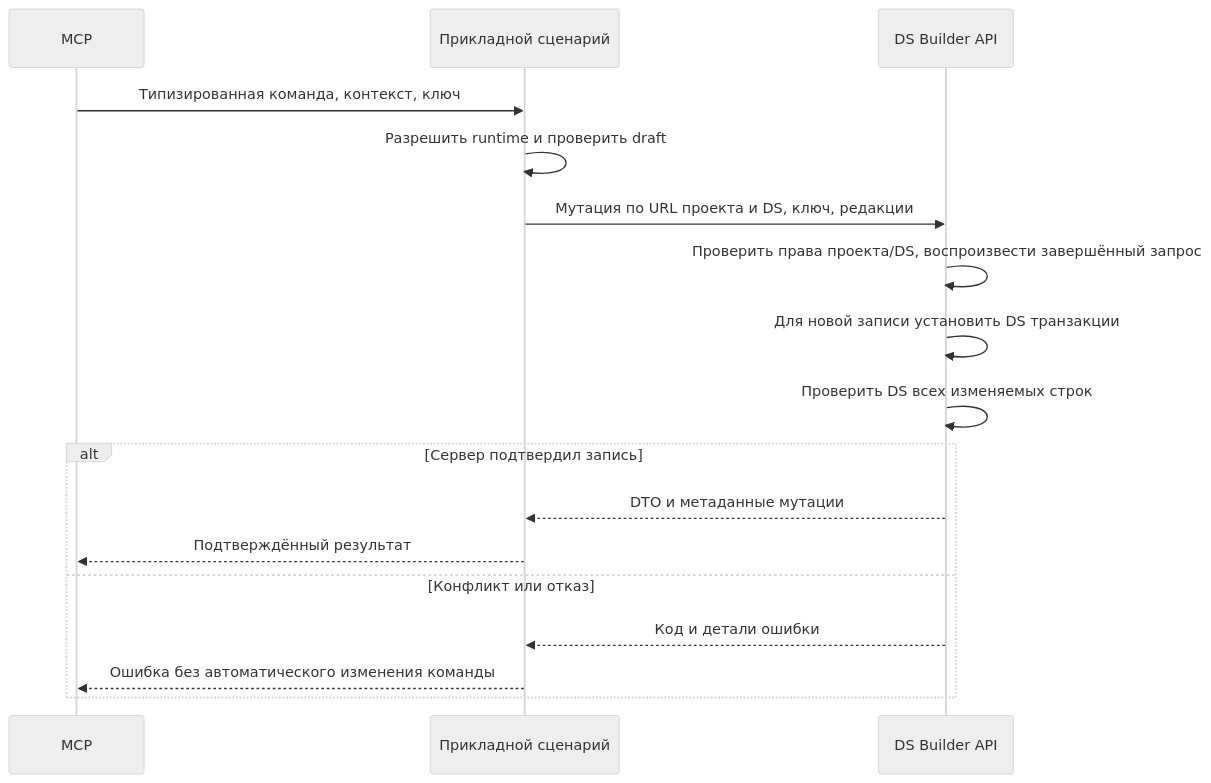
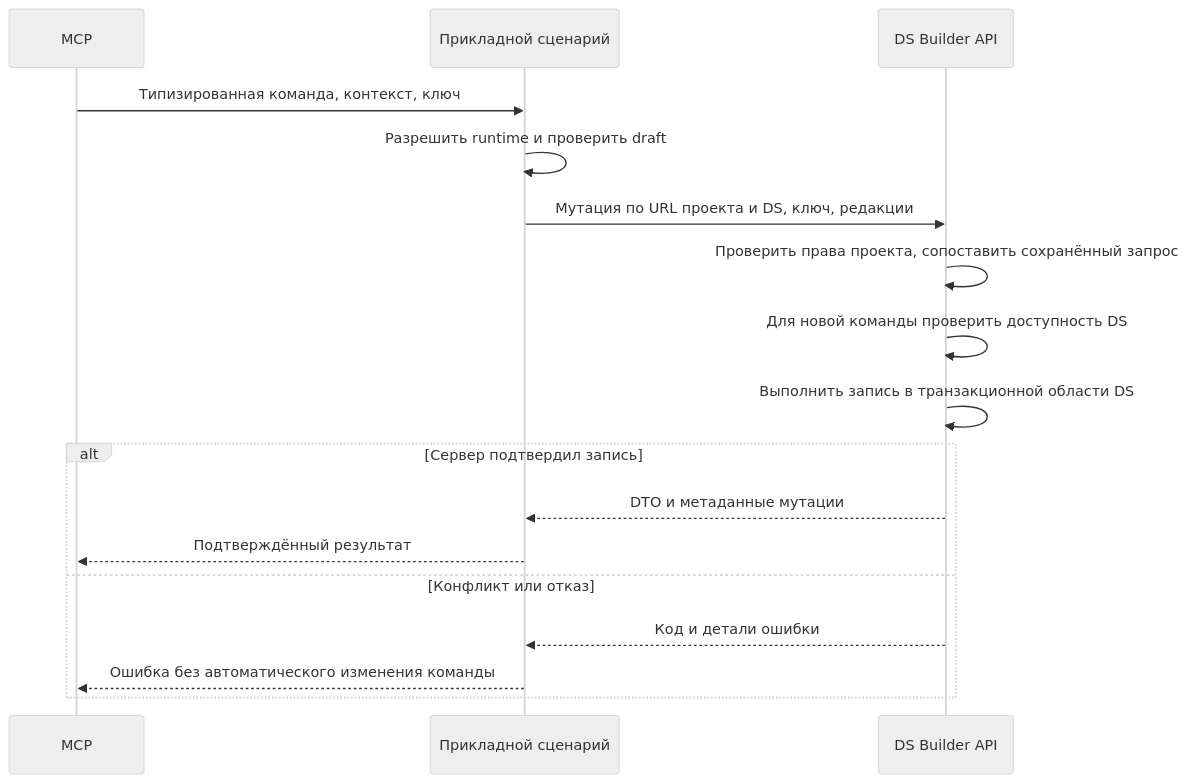
One commit to salute-developers/design-system-builder changed the diagram in openspec/changes/add-mcp-design-system-editor/design.md. Above: the diagram before and after it, drawn with Mermaid (neutral theme). The commit also changed other lines of this file and 17 other files, not shown here.

````diff
--- a/openspec/changes/add-mcp-design-system-editor/design.md
+++ b/openspec/changes/add-mcp-design-system-editor/design.md
@@ -59,19 +57,19 @@
 ```mermaid
 sequenceDiagram
     participant M as MCP
     participant U as Прикладной сценарий
     participant B as DS Builder API
     M->>U: Типизированная команда, контекст, ключ
     U->>U: Разрешить runtime и проверить draft
     U->>B: Мутация по URL проекта и DS, ключ, редакции
-    B->>B: Проверить права проекта/DS, воспроизвести завершённый запрос
-    B->>B: Для новой записи установить DS транзакции
-    B->>B: Проверить DS всех изменяемых строк
+    B->>B: Проверить права проекта, сопоставить сохранённый запрос
+    B->>B: Для новой команды проверить доступность DS
+    B->>B: Выполнить запись в транзакционной области DS
     alt Сервер подтвердил запись
         B-->>U: DTO и метаданные мутации
         U-->>M: Подтверждённый результат
     else Конфликт или отказ
         B-->>U: Код и детали ошибки
         U-->>M: Ошибка без автоматического изменения команды
     end
 ```
````
